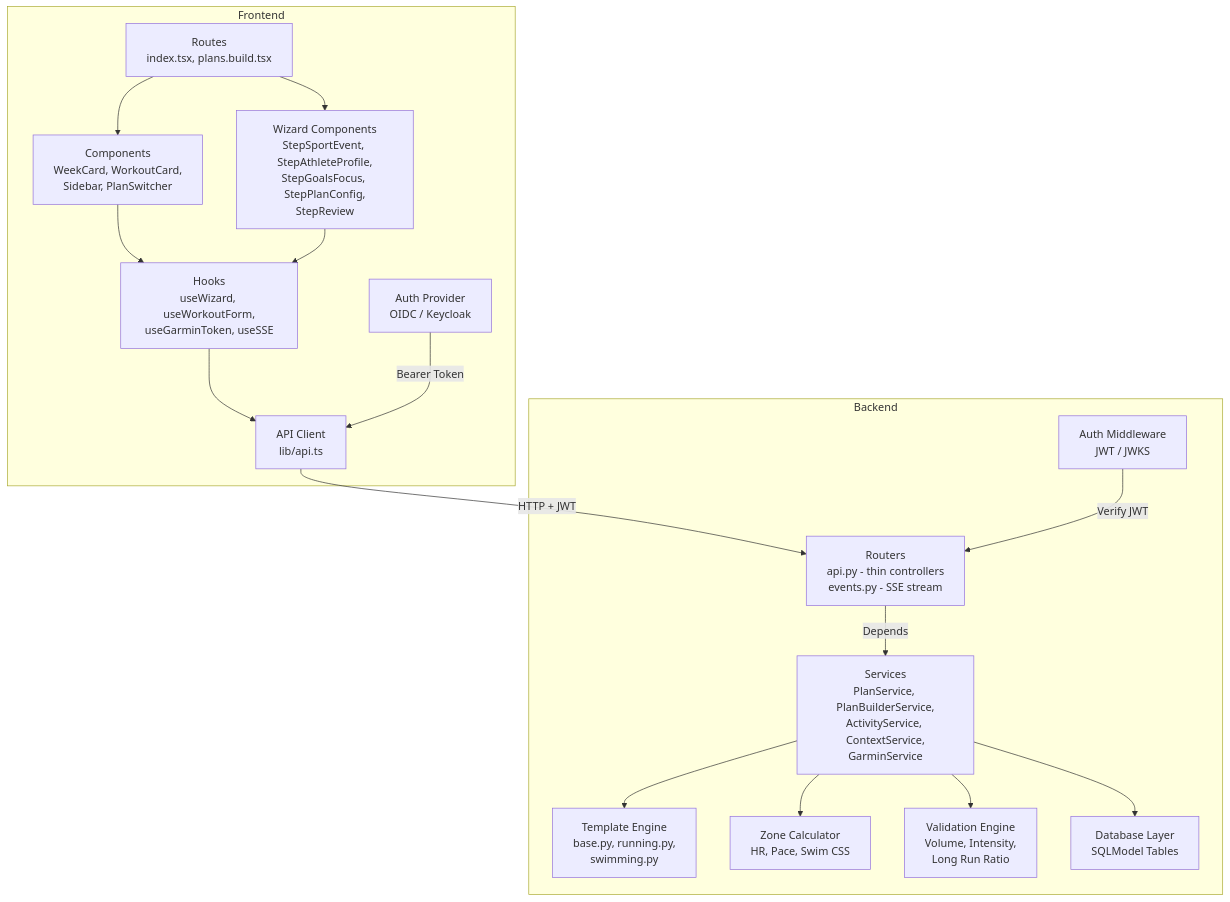
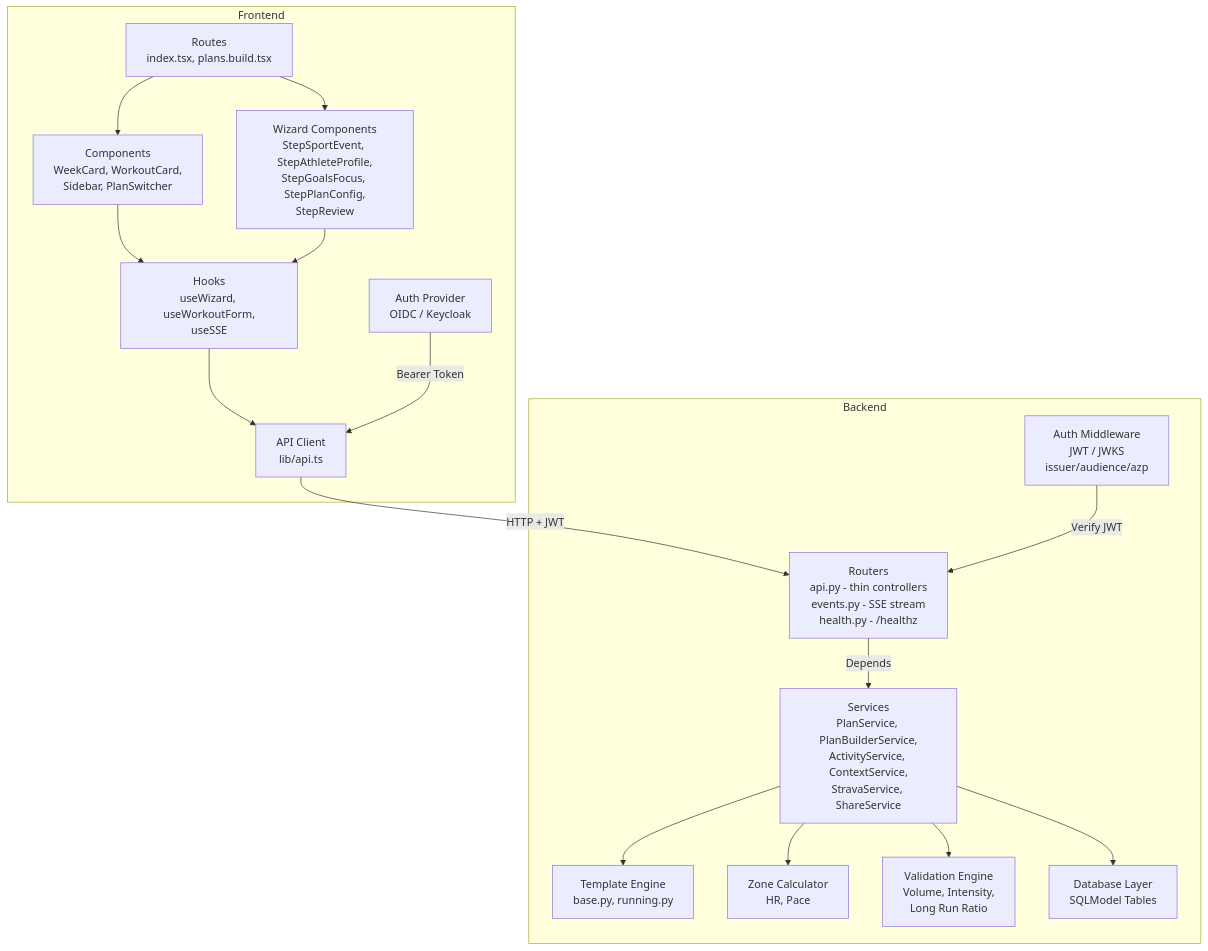
The second of 3 diagrams in README.md (michaelbramwell/3h2Os), drawn with Mermaid before and after one commit. The commit also changed other lines of this file and 12 other files, not shown here.

````diff
--- a/README.md
+++ b/README.md
@@ -300,35 +313,35 @@
 ```mermaid
 graph TB
     subgraph FrontendLayer [Frontend]
         Routes[Routes<br/>index.tsx, plans.build.tsx]
         Components[Components<br/>WeekCard, WorkoutCard,<br/>Sidebar, PlanSwitcher]
         WizardUI[Wizard Components<br/>StepSportEvent, StepAthleteProfile,<br/>StepGoalsFocus, StepPlanConfig,<br/>StepReview]
-        Hooks[Hooks<br/>useWizard, useWorkoutForm,<br/>useGarminToken, useSSE]
+        Hooks[Hooks<br/>useWizard, useWorkoutForm,<br/>useSSE]
         APIClient[API Client<br/>lib/api.ts]
         AuthProv[Auth Provider<br/>OIDC / Keycloak]
     end
 
     subgraph BackendLayer [Backend]
-        Routers[Routers<br/>api.py - thin controllers<br/>events.py - SSE stream]
-        Services[Services<br/>PlanService, PlanBuilderService,<br/>ActivityService, ContextService,<br/>GarminService]
-        Templates[Template Engine<br/>base.py, running.py,<br/>swimming.py]
-        Zones[Zone Calculator<br/>HR, Pace, Swim CSS]
+        Routers[Routers<br/>api.py - thin controllers<br/>events.py - SSE stream<br/>health.py - /healthz]
+        Services[Services<br/>PlanService, PlanBuilderService,<br/>ActivityService, ContextService,<br/>StravaService, ShareService]
+        Templates[Template Engine<br/>base.py, running.py]
+        Zones[Zone Calculator<br/>HR, Pace]
         Validation[Validation Engine<br/>Volume, Intensity,<br/>Long Run Ratio]
         DB[Database Layer<br/>SQLModel Tables]
-        AuthMW[Auth Middleware<br/>JWT / JWKS]
+        AuthMW[Auth Middleware<br/>JWT / JWKS<br/>issuer/audience/azp]
     end
 
     Routes --> Components
     Routes --> WizardUI
     Components --> Hooks
     WizardUI --> Hooks
     Hooks --> APIClient
     APIClient -->|HTTP + JWT| Routers
     AuthProv -->|Bearer Token| APIClient
     Routers -->|Depends| Services
     Services --> DB
     Services --> Templates
     Services --> Zones
     Services --> Validation
     AuthMW -->|Verify JWT| Routers
 ```
````
